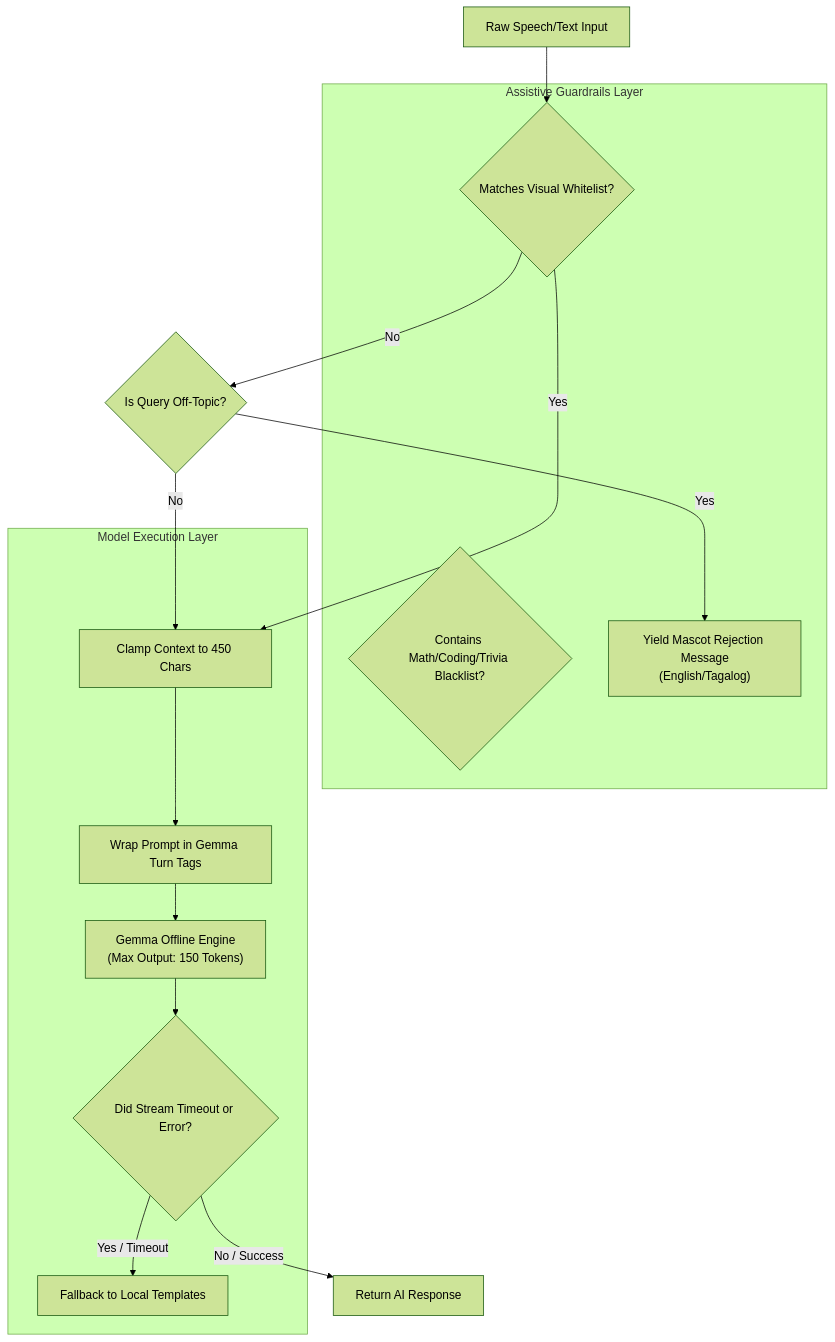
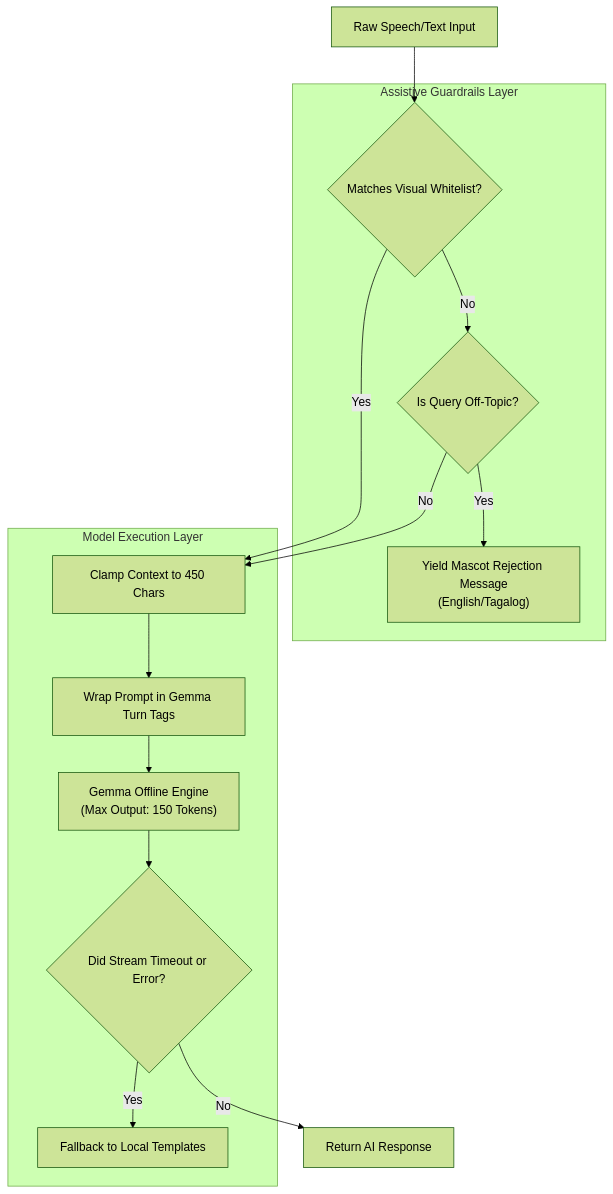
The sixth of 6 diagrams in docs/vision_and_ai/ai_memory_and_guardrails.md (Thes-IS-IT/Easylens), drawn with Mermaid (forest theme) before and after one commit. The commit also changed other lines of this file and 1 other file, not shown here.

Commit message:
docs: fix Mermaid diagram syntax errors in ai_memory_and_guardrails.md and algorithm.md

````diff
--- a/docs/vision_and_ai/ai_memory_and_guardrails.md
+++ b/docs/vision_and_ai/ai_memory_and_guardrails.md
@@ -129,33 +129,33 @@
 ```mermaid
 flowchart TD
     RawInput["Raw Speech/Text Input"]
     
     subgraph GuardrailLayer ["Assistive Guardrails Layer"]
         VerifyTopic{"Matches Visual Whitelist?"}
-        FilterCheck{"Contains Math/Coding/Trivia Blacklist?"}
+        FilterTopic{"Is Query Off-Topic?"}
         Rejection["Yield Mascot Rejection Message<br/>(English/Tagalog)"]
     end
     
     subgraph InferenceLayer ["Model Execution Layer"]
         CapContext["Clamp Context to 450 Chars"]
         TurnTemplate["Wrap Prompt in Gemma Turn Tags"]
         Inference["Gemma Offline Engine<br/>(Max Output: 150 Tokens)"]
         FallbackCheck{"Did Stream Timeout or Error?"}
         LocalResponse["Fallback to Local Templates"]
     end
 
     RawInput --> VerifyTopic
     
     VerifyTopic -->|Yes| CapContext
-    VerifyTopic -->|No| FilterTopic{"Is Query Off-Topic?"}
+    VerifyTopic -->|No| FilterTopic
     
     FilterTopic -->|Yes| Rejection
     FilterTopic -->|No| CapContext
     
     CapContext --> TurnTemplate
     TurnTemplate --> Inference
     Inference --> FallbackCheck
     
-    FallbackCheck -->|Yes / Timeout| LocalResponse
-    FallbackCheck -->|No / Success| ReturnText["Return AI Response"]
+    FallbackCheck -->|Yes| LocalResponse
+    FallbackCheck -->|No| ReturnText["Return AI Response"]
 ```
````
